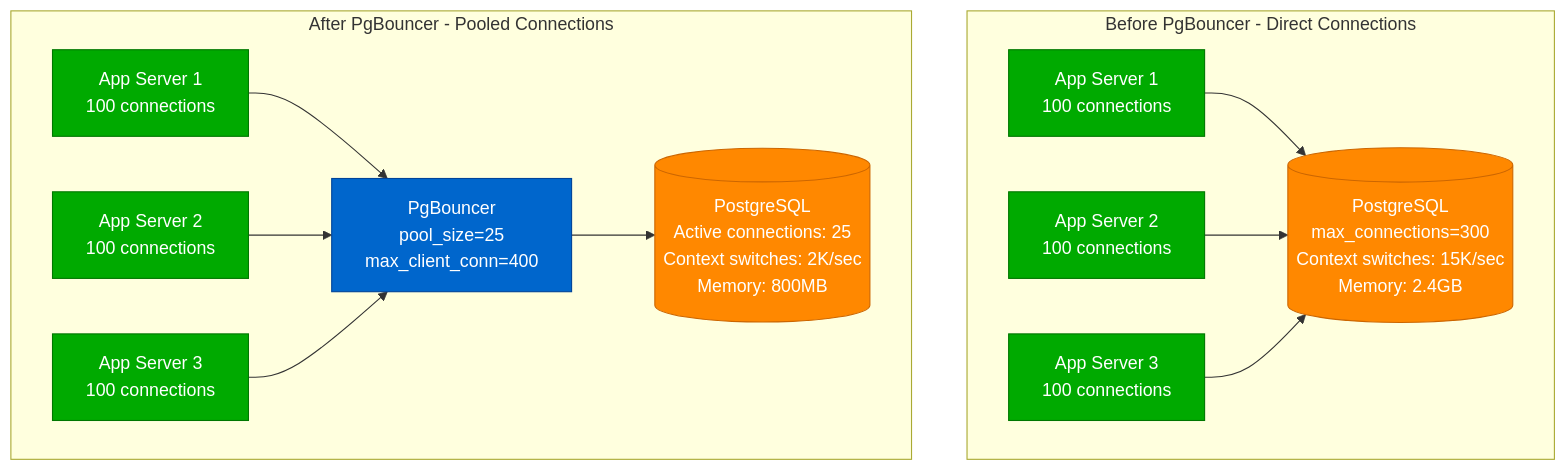
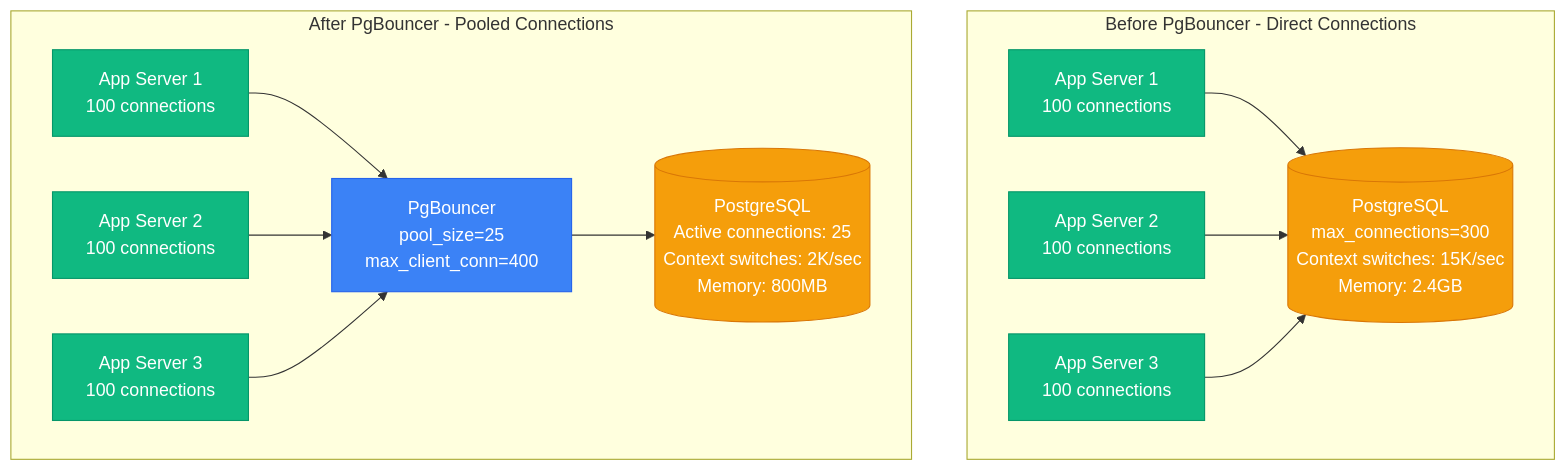
Before and after one commit to deepaucksharma/DS: the first of 10 diagrams in site/docs/performance/postgresql-performance-profile.md, drawn with Mermaid. The commit also changed other lines of this file and 303 other files, not shown here.

````diff
--- a/site/docs/performance/postgresql-performance-profile.md
+++ b/site/docs/performance/postgresql-performance-profile.md
@@ -11,37 +11,37 @@
 ```mermaid
 graph TB
     subgraph "Before PgBouncer - Direct Connections"
         APP1[App Server 1<br/>100 connections]
         APP2[App Server 2<br/>100 connections]
         APP3[App Server 3<br/>100 connections]
 
         PG1[(PostgreSQL<br/>max_connections=300<br/>Context switches: 15K/sec<br/>Memory: 2.4GB)]
 
         APP1 --> PG1
         APP2 --> PG1
         APP3 --> PG1
     end
 
     subgraph "After PgBouncer - Pooled Connections"
         APP4[App Server 1<br/>100 connections]
         APP5[App Server 2<br/>100 connections]
         APP6[App Server 3<br/>100 connections]
 
         PB[PgBouncer<br/>pool_size=25<br/>max_client_conn=400]
 
         PG2[(PostgreSQL<br/>Active connections: 25<br/>Context switches: 2K/sec<br/>Memory: 800MB)]
 
         APP4 --> PB
         APP5 --> PB
         APP6 --> PB
         PB --> PG2
     end
 
-    classDef appStyle fill:#00AA00,stroke:#007700,color:#fff
-    classDef poolStyle fill:#0066CC,stroke:#004499,color:#fff
-    classDef dbStyle fill:#FF8800,stroke:#CC6600,color:#fff
+    classDef appStyle fill:#10B981,stroke:#059669,color:#fff
+    classDef poolStyle fill:#3B82F6,stroke:#2563EB,color:#fff
+    classDef dbStyle fill:#F59E0B,stroke:#D97706,color:#fff
 
     class APP1,APP2,APP3,APP4,APP5,APP6 appStyle
     class PB poolStyle
     class PG1,PG2 dbStyle
 ```
````
